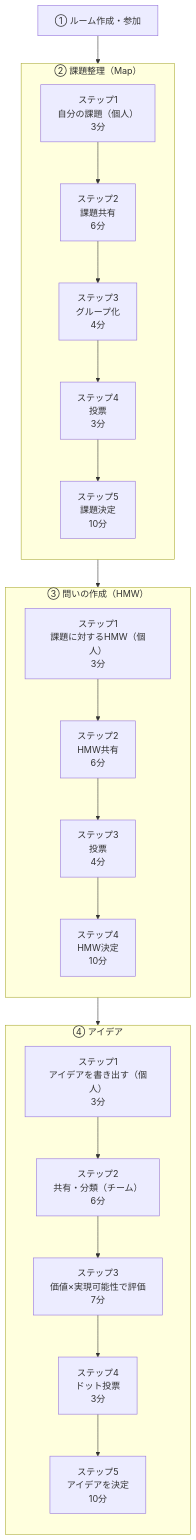
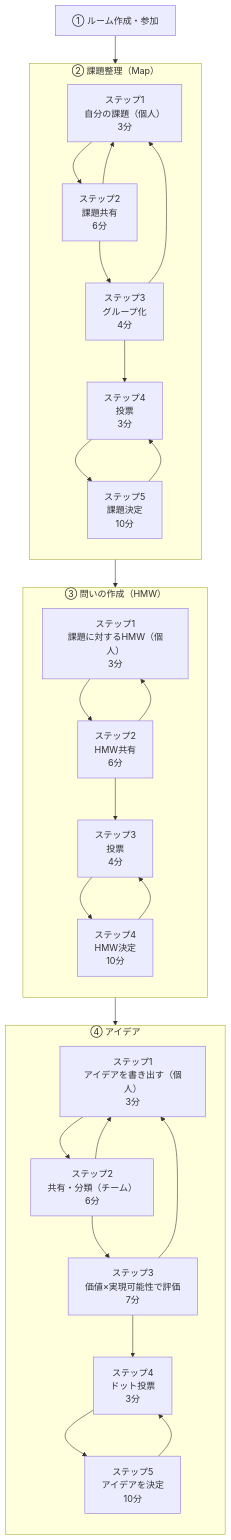
The diagram in docs/ds-feature-matrix.md (engineer-first/idea-boost), drawn with Mermaid before and after one commit. The commit also changed other lines of this file and 57 other files, not shown here.

````diff
--- a/docs/ds-feature-matrix.md
+++ b/docs/ds-feature-matrix.md
@@ -9,43 +9,51 @@
 ```mermaid
 flowchart TD
 
 A[① ルーム作成・参加]
 
 A --> C
 
 subgraph C["② 課題整理（Map）"]
 direction TB
 C1[ステップ1<br>自分の課題（個人）<br>3分]
 C2[ステップ2<br>課題共有<br>6分]
 C3[ステップ3<br>グループ化<br>4分]
 C4[ステップ4<br>投票<br>3分]
 C5[ステップ5<br>課題決定<br>10分]
 
 C1 --> C2 --> C3 --> C4 --> C5
+C2 --> C1
+C3 --> C1
+C5 --> C4
 end
 
 C --> D
 
 subgraph D["③ 問いの作成（HMW）"]
 direction TB
 D1[ステップ1<br>課題に対するHMW（個人）<br>3分]
 D2[ステップ2<br>HMW共有<br>6分]
 D3[ステップ3<br>投票<br>4分]
 D4[ステップ4<br>HMW決定<br>10分]
 
 D1 --> D2 --> D3 --> D4
+D2 --> D1
+D4 --> D3
 end
 
 D --> E
 
 subgraph E["④ アイデア"]
 direction TB
 E1[ステップ1<br>アイデアを書き出す（個人）<br>3分]
 E2[ステップ2<br>共有・分類（チーム）<br>6分]
 E3[ステップ3<br>価値×実現可能性で評価<br>7分]
 E4[ステップ4<br>ドット投票<br>3分]
 E5[ステップ5<br>アイデアを決定<br>10分]
 
 E1 --> E2 --> E3 --> E4 --> E5
+E2 --> E1
+E3 --> E1
+E5 --> E4
 end
 ```
````
